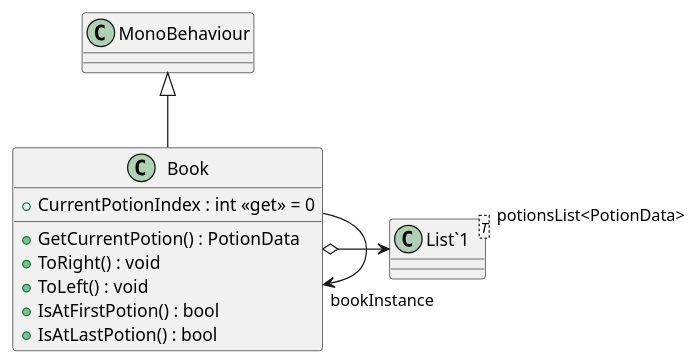
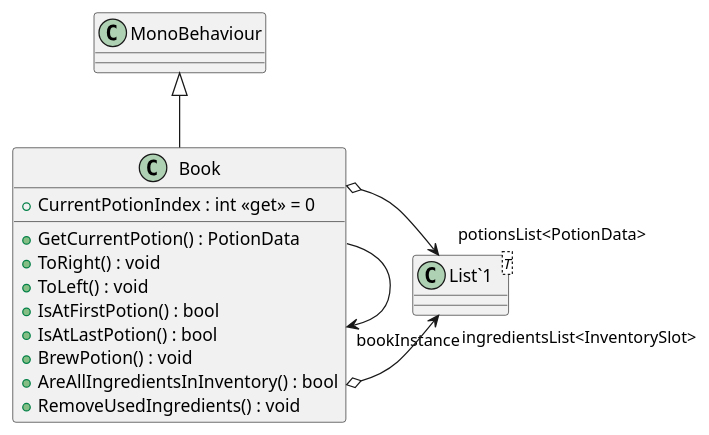
One commit to corinnahuber/CCL4PotionWitch changed the diagram in plantuml/Assets/Scripts/Book.puml. Above: the diagram before and after it, drawn with PlantUML. The commit also changed 7 other files, not shown here.

Commit message:
Potion brewing enabled, Items removal, UIBook, inventory update and state management

```diff
--- a/plantuml/Assets/Scripts/Book.puml
+++ b/plantuml/Assets/Scripts/Book.puml
@@ -1,15 +1,19 @@
 @startuml
 class Book {
     + CurrentPotionIndex : int <<get>> = 0
     + GetCurrentPotion() : PotionData
     + ToRight() : void
     + ToLeft() : void
     + IsAtFirstPotion() : bool
     + IsAtLastPotion() : bool
+    + BrewPotion() : void
+    + AreAllIngredientsInInventory() : bool
+    + RemoveUsedIngredients() : void
 }
 class "List`1"<T> {
 }
 MonoBehaviour <|-- Book
 Book --> "bookInstance" Book
+Book o-> "ingredientsList<InventorySlot>" "List`1"
 Book o-> "potionsList<PotionData>" "List`1"
 @enduml
```
